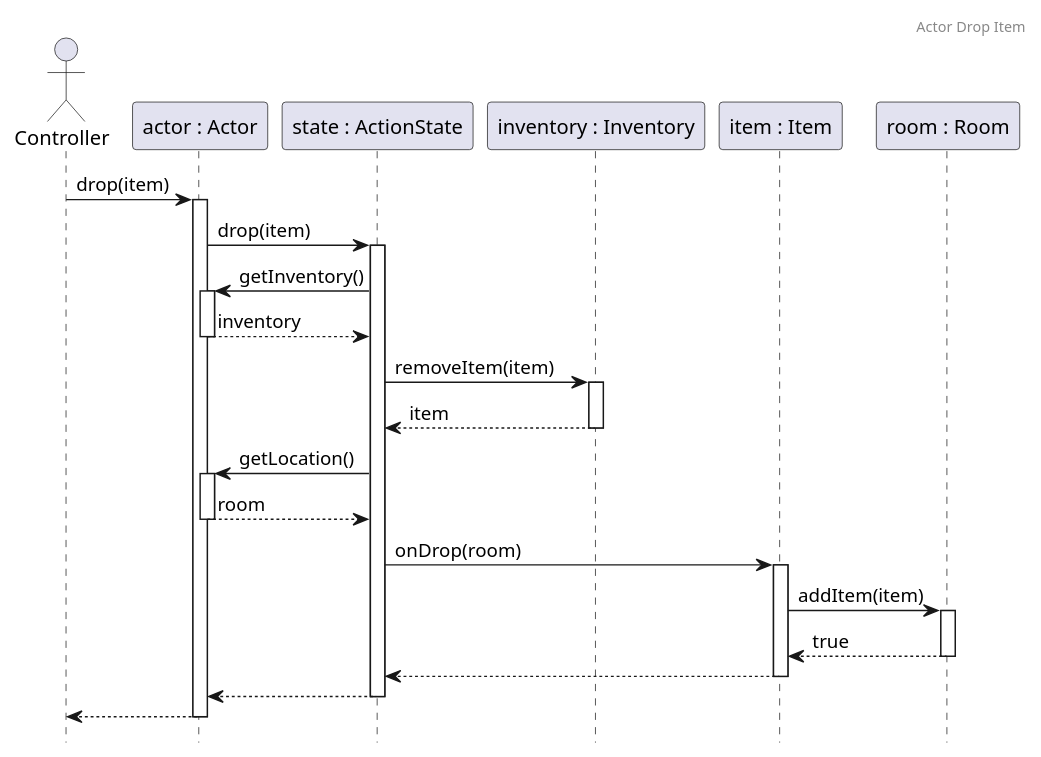
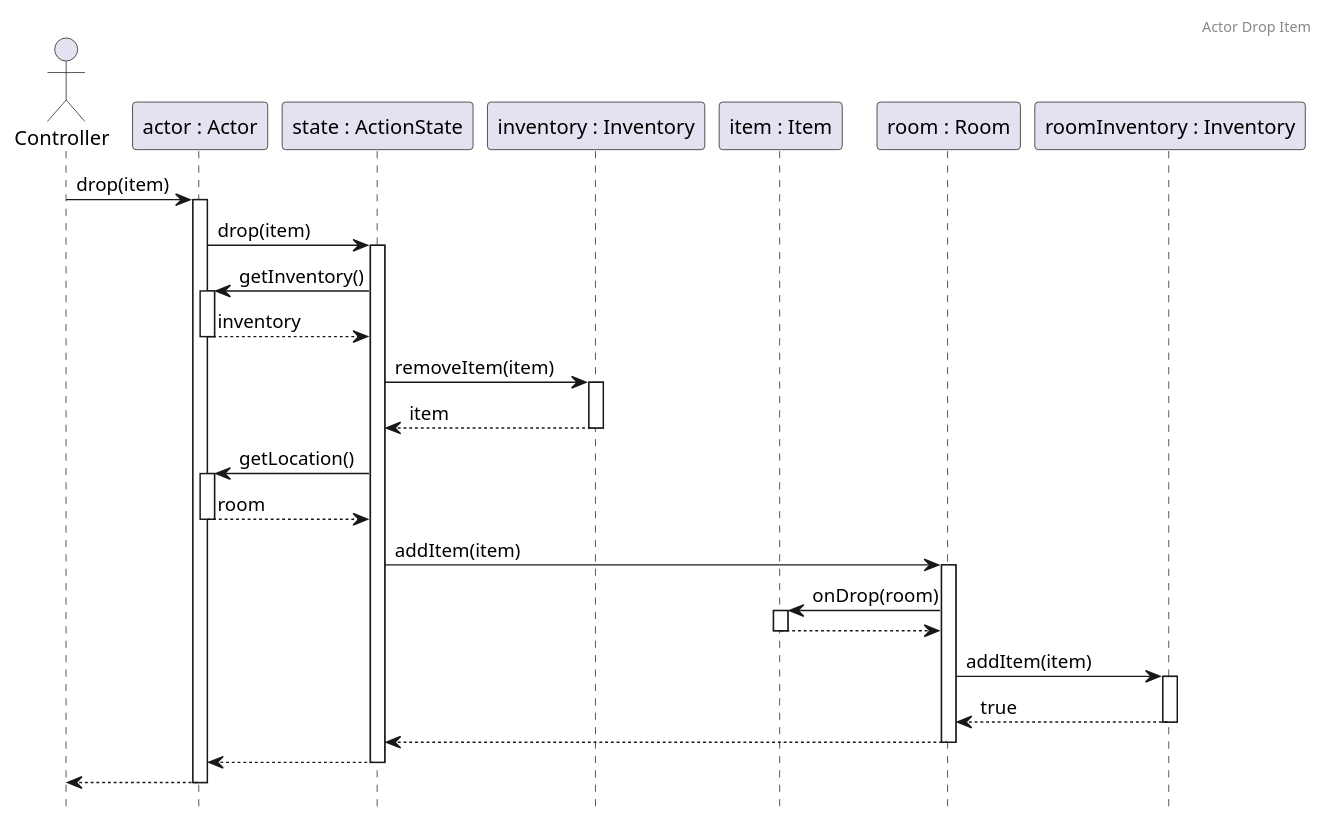
One commit to Kristof-me/Logarlec changed the diagram in docs/sequence/actor/ActorDropItem.puml. Above: the diagram before and after it, drawn with PlantUML. The commit also changed 7 other files, not shown here.

Commit message:
Checked Sequence 02-05

```diff
--- a/docs/sequence/actor/ActorDropItem.puml
+++ b/docs/sequence/actor/ActorDropItem.puml
@@ -1,30 +1,33 @@
 @startuml ActorDropItem
 header Actor Drop Item
 
 hide footbox
 autoactivate on
 
 actor A as "Controller"
 participant B as "actor : Actor"
 participant C as "state : ActionState"
 participant I as "inventory : Inventory"
 participant D as "item : Item"
 participant E as "room : Room"
+participant F as "roomInventory : Inventory"
 
 A -> B : drop(item)
 B -> C : drop(item)
 C -> B : getInventory()
 return inventory
 C -> I : removeItem(item)
 return item
 C -> B : getLocation()
 return room
-C -> D : onDrop(room)
-D -> E : addItem(item)
+C -> E : addItem(item)
+E -> D : onDrop(room)
+return
 
+E -> F : addItem(item)
 return true
 return
 return
 return
 
 @enduml
```
